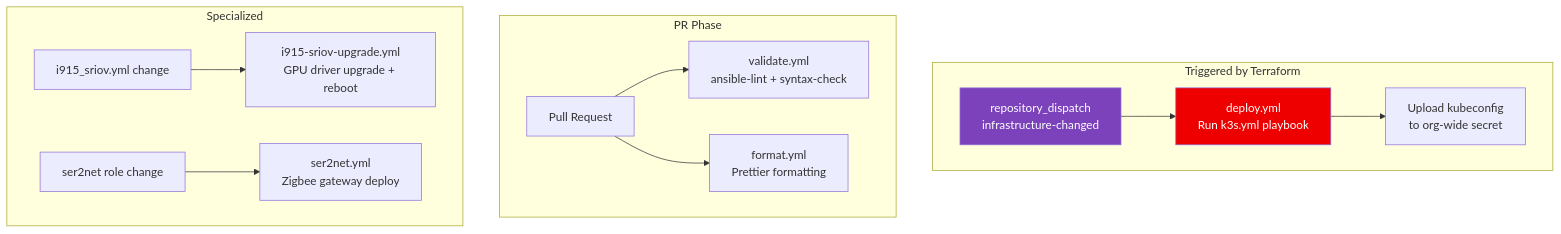
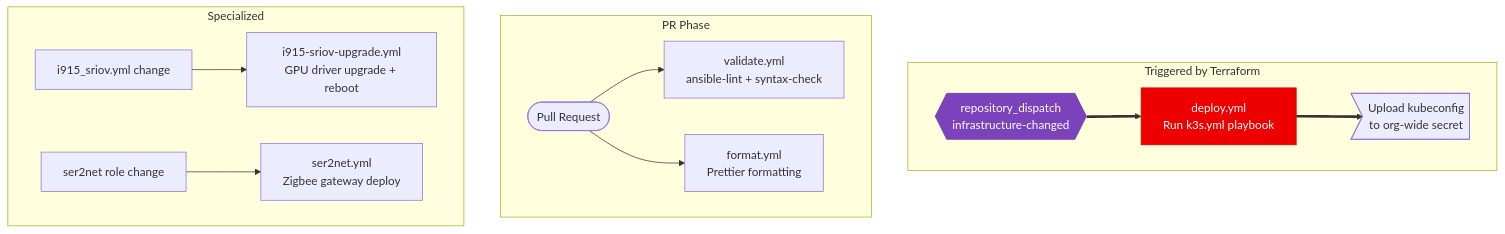
Before and after one commit to Starktastic-Homelab/ansible: the third of 4 diagrams in README.md, drawn with Mermaid. The commit also changed other lines of this file, not shown here.

Commit message:
docs: prettify Mermaid diagrams with semantic shapes and visual hierarchy

````diff
--- a/README.md
+++ b/README.md
@@ -219,20 +225,22 @@
 ```mermaid
 flowchart TD
-    subgraph "Triggered by Terraform"
-        DISPATCH["repository_dispatch\ninfrastructure-changed"] --> DEPLOY["deploy.yml\nRun k3s.yml playbook"]
-        DEPLOY --> KUBECONFIG["Upload kubeconfig\nto org-wide secret"]
+    subgraph triggered["Triggered by Terraform"]
+        DISPATCH{{repository_dispatch\ninfrastructure-changed}} ==> DEPLOY[deploy.yml\nRun k3s.yml playbook]
+        DEPLOY ==> KUBECONFIG>Upload kubeconfig\nto org-wide secret]
     end
 
-    subgraph "PR Phase"
-        PR[Pull Request] --> LINT["validate.yml\nansible-lint + syntax-check"]
-        PR --> FMT["format.yml\nPrettier formatting"]
+    subgraph pr["PR Phase"]
+        PR([Pull Request]) --> LINT[validate.yml\nansible-lint + syntax-check]
+        PR --> FMT[format.yml\nPrettier formatting]
     end
 
-    subgraph "Specialized"
-        DRV_CHANGE["i915_sriov.yml change"] --> I915["i915-sriov-upgrade.yml\nGPU driver upgrade + reboot"]
-        SER_CHANGE["ser2net role change"] --> SER["ser2net.yml\nZigbee gateway deploy"]
+    subgraph special["Specialized"]
+        DRV_CHANGE["i915_sriov.yml change"] --> I915[i915-sriov-upgrade.yml\nGPU driver upgrade + reboot]
+        SER_CHANGE["ser2net role change"] --> SER[ser2net.yml\nZigbee gateway deploy]
     end
 
-    style DEPLOY fill:#EE0000,color:#fff
-    style DISPATCH fill:#7B42BC,color:#fff
+    classDef deploy fill:#EE0000,stroke:#CC0000,color:#fff
+    classDef dispatch fill:#7B42BC,stroke:#6A35A3,color:#fff
+    class DEPLOY deploy
+    class DISPATCH dispatch
 ```
````
